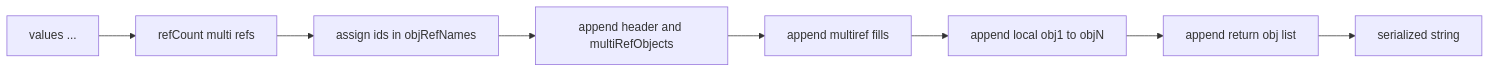
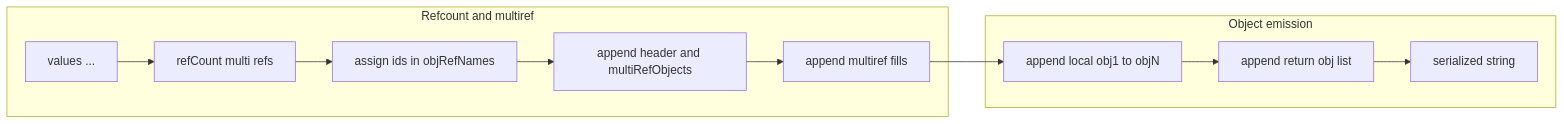
The first of 3 diagrams in docs/io/serialize_nofunc.md (Gh0st352/AETHR), drawn with Mermaid before and after one commit. The commit also changed other lines of this file and 5 other files, not shown here.

First line of the commit message:
docs(io): restructure Mermaid diagrams, add subgraphs & classes

````diff
--- a/docs/io/serialize_nofunc.md
+++ b/docs/io/serialize_nofunc.md
@@ -13,10 +13,22 @@
 ```mermaid
+%% shared theme: docs/_mermaid/theme.json %%
 flowchart LR
-  IN[values ...] --> RC[refCount multi refs]
-  RC --> MREF[assign ids in objRefNames]
-  MREF --> HDR[append header and multiRefObjects]
-  HDR --> FILL[append multiref fills]
-  FILL --> OBJ[append local obj1 to objN]
-  OBJ --> RET[append return obj list]
-  RET --> OUT[serialized string]
+  subgraph "Refcount and multiref"
+    IN[values ...] --> RC[refCount multi refs]
+    RC --> MREF[assign ids in objRefNames]
+    MREF --> HDR[append header and multiRefObjects]
+    HDR --> FILL[append multiref fills]
+  end
+
+  subgraph "Object emission"
+    FILL --> OBJ[append local obj1 to objN]
+    OBJ --> RET[append return obj list]
+    RET --> OUT[serialized string]
+  end
+
+  class IN class_data;
+  class RC class_tracker;
+  class MREF,HDR,FILL,OBJ class_step;
+  class RET class_result;
+  class OUT class_io;
 ```
````
